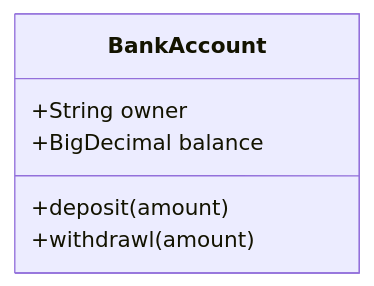
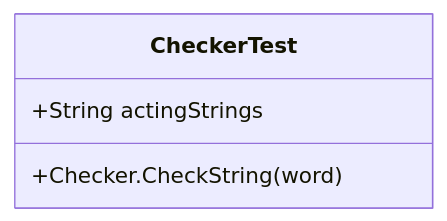
The diagram in class_diagrams (копия).md (polumeria/super-duper-waddle), drawn with Mermaid before and after one commit.

````diff
--- a/class_diagrams (копия).md
+++ b/class_diagrams (копия).md
@@ -1,9 +1,7 @@
 ```mermaid
 classDiagram
-class BankAccount{
-+String owner
-+BigDecimal balance
-+deposit(amount)
-+withdrawl(amount)
+class CheckerTest{
++String actingStrings
++Checker.CheckString(word)
 }
 ```
````
